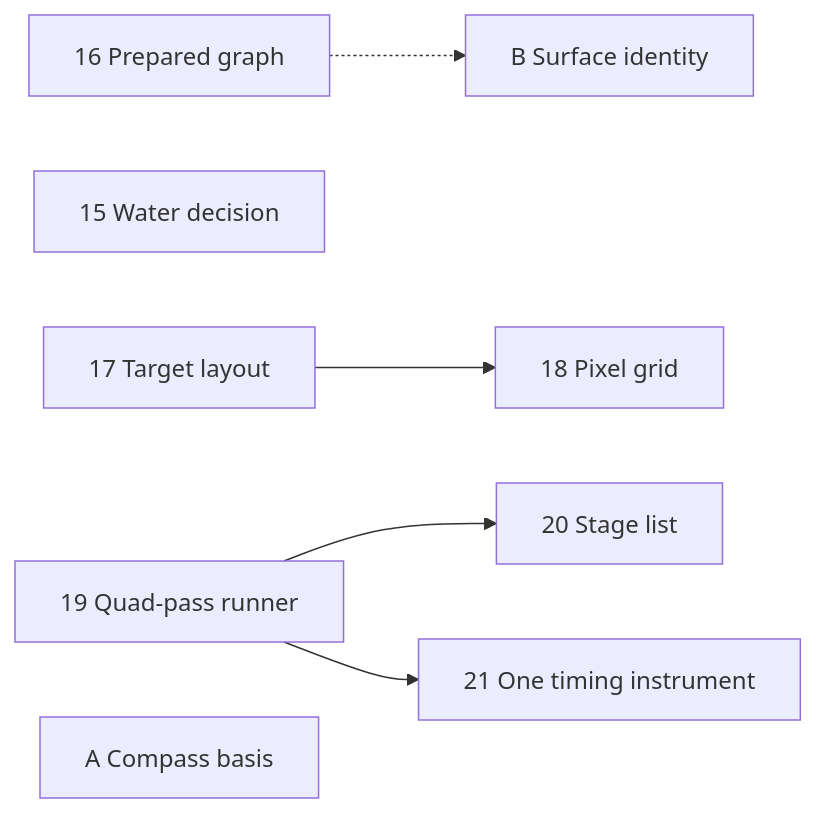
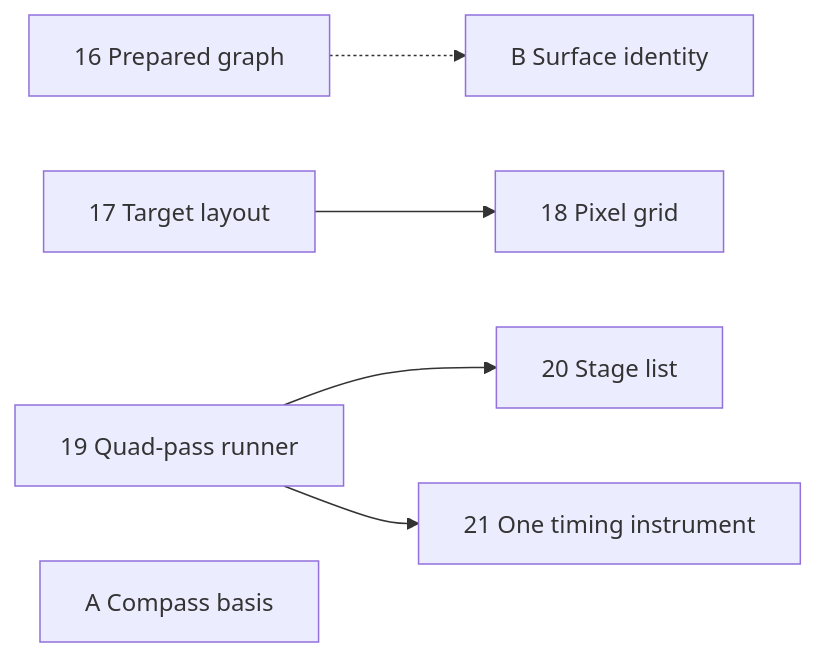
One commit to jonjaques/inertialref changed the diagram in design/plans/arch-review.md. Above: the diagram before and after it, drawn with Mermaid. The commit also changed other lines of this file and 5 other files, not shown here.

First line of the commit message:
refactor: one water decision per patch (#124)

````diff
--- a/design/plans/arch-review.md
+++ b/design/plans/arch-review.md
@@ -69,10 +69,9 @@
 ```mermaid
 flowchart LR
   P16[16 Prepared graph]
-  P15[15 Water decision]
   P17[17 Target layout] --> P18[18 Pixel grid]
   P19[19 Quad-pass runner] --> P20[20 Stage list]
   P19 --> P21[21 One timing instrument]
   A[A Compass basis]
   P16 -.-> B[B Surface identity]
 ```
````
